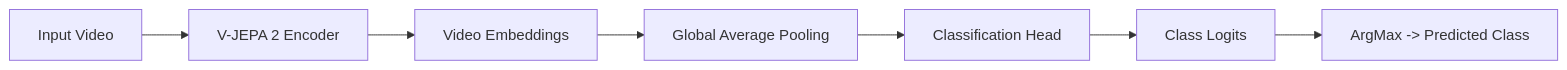
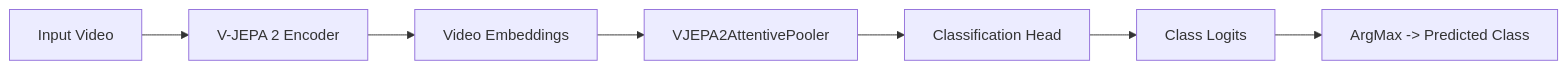
The second of 6 diagrams in docs/lora_architecture_diagrams.md (ZacCarrico/vjepa2), drawn with Mermaid before and after one commit. The commit also changed other lines of this file, not shown here.

Commit message:
correct pooling strategy in diagrams

````diff
--- a/docs/lora_architecture_diagrams.md
+++ b/docs/lora_architecture_diagrams.md
@@ -25,9 +25,9 @@
 ```mermaid
 graph LR
     A[Input Video] --> B[V-JEPA 2 Encoder]
     B --> C[Video Embeddings]
-    C --> D[Global Average Pooling]
+    C --> D[VJEPA2AttentivePooler]
     D --> E[Classification Head]
     E --> F[Class Logits]
     F --> G[ArgMax -> Predicted Class]
 ```
````
